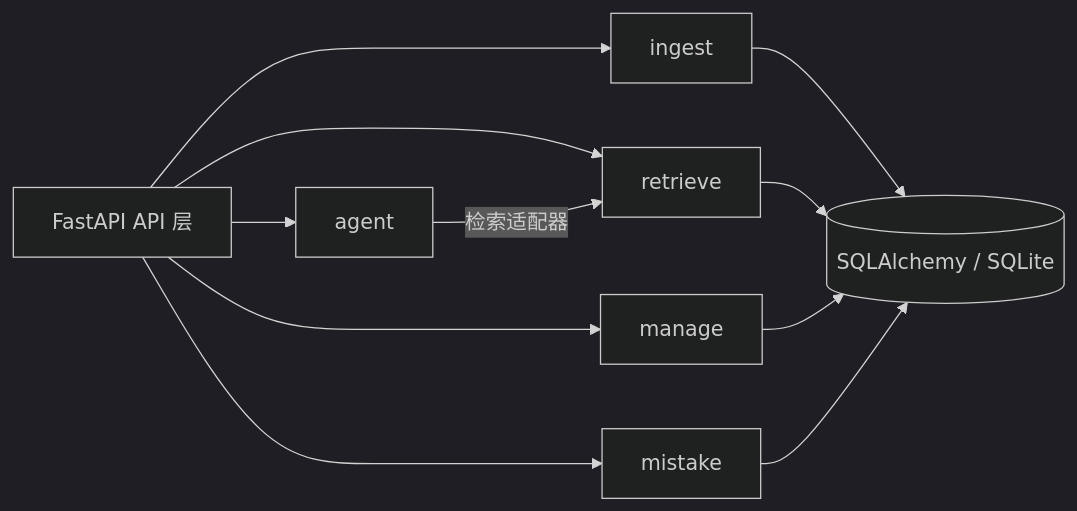
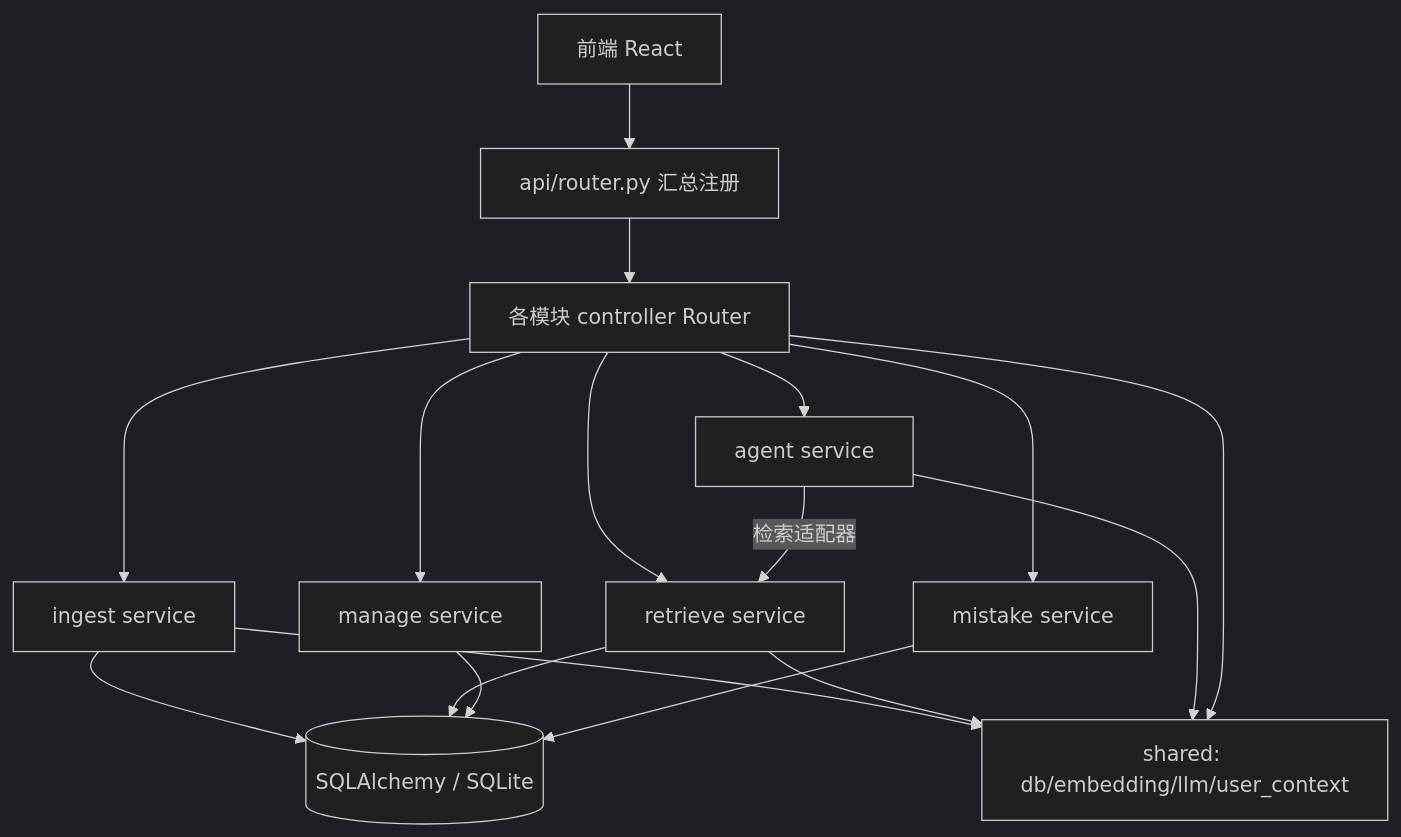
One commit to epoch-fresh-2026/personal-knowledge-base changed the third of 6 diagrams in docs/architecture.md. Above: the diagram before and after it, drawn with Mermaid (dark theme). The commit also changed other lines of this file and 48 other files, not shown here.

First line of the commit message:
refactor: consolidate user context and module boundaries (#55)

````diff
--- a/docs/architecture.md
+++ b/docs/architecture.md
@@ -248,21 +264,30 @@
 ```mermaid
-flowchart LR
-    API[FastAPI API 层]
-    ING[ingest]
-    RET[retrieve]
-    AG[agent]
-    MGT[manage]
-    MIS[mistake]
+flowchart TB
+    FE[前端 React]
+    AGG[api/router.py 汇总注册]
+    CTRL[各模块 controller Router]
+    ING[ingest service]
+    RET[retrieve service]
+    AG[agent service]
+    MGT[manage service]
+    MIS[mistake service]
+    SHARED[shared: db/embedding/llm/user_context]
     DB[(SQLAlchemy / SQLite)]
 
-    API --> ING
-    API --> RET
-    API --> AG
-    API --> MGT
-    API --> MIS
+    FE --> AGG
+    AGG --> CTRL
+    CTRL --> ING
+    CTRL --> RET
+    CTRL --> AG
+    CTRL --> MGT
+    CTRL --> MIS
     ING --> DB
     RET --> DB
     MGT --> DB
     MIS --> DB
+    ING --> SHARED
+    RET --> SHARED
+    AG --> SHARED
+    CTRL --> SHARED
     AG -->|检索适配器| RET
 ```
````
